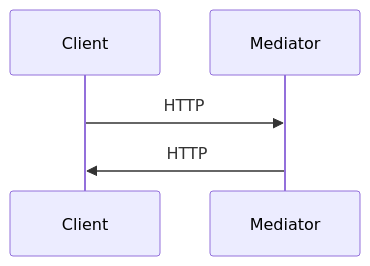
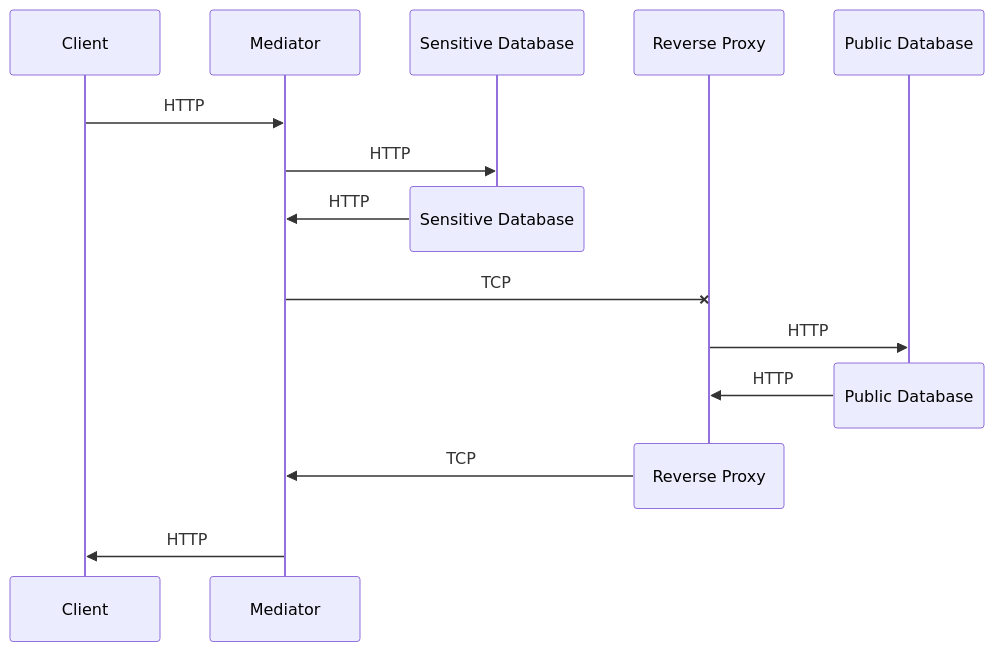
Before and after one commit to SHerlihy/service-architecture-project: the second of 2 diagrams in README.md, drawn with Mermaid. The commit also changed other lines of this file, not shown here.

Commit message:
use svg for sequance as create destroy not supported on github

````diff
--- a/README.md
+++ b/README.md
@@ -38,8 +40,22 @@
 ```mermaid
 sequenceDiagram
     participant cli as Client
     participant med as Mediator
     cli->>med: HTTP
 
+    participant sens as Sensitive Database
+    med->>sens: HTTP
+    destroy sens
+    sens->>med: HTTP
+
+    participant rev as Reverse Proxy
+    med-xrev: TCP
+    participant pub as Public Database
+    rev->>pub: HTTP
+    destroy pub
+    pub->>rev:HTTP
+    destroy rev
+    rev->>med:TCP
+
     med->>cli: HTTP
 ```
````
